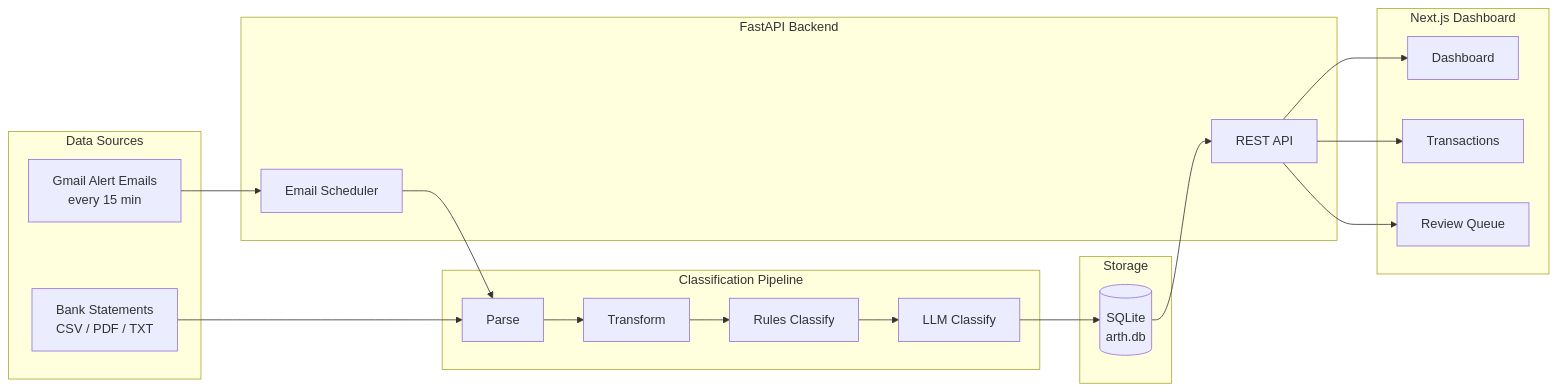
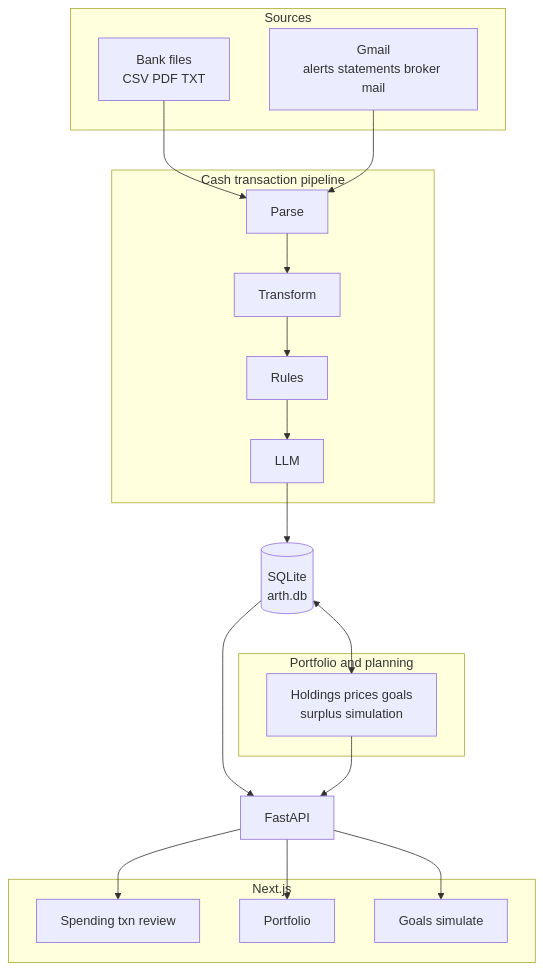
The diagram in README.md (kupsas/Arth-AFS), drawn with Mermaid before and after one commit. The commit also changed other lines of this file and 7 other files, not shown here.

````diff
--- a/README.md
+++ b/README.md
@@ -50,38 +55,41 @@
 ```mermaid
-flowchart LR
-    subgraph sources [Data Sources]
-        S1["Bank Statements\nCSV / PDF / TXT"]
-        S2["Gmail Alert Emails\nevery 15 min"]
+flowchart TB
+    subgraph sources [Sources]
+        files["Bank files\nCSV PDF TXT"]
+        gmail["Gmail\nalerts statements broker mail"]
     end
 
-    subgraph pipeline [Classification Pipeline]
-        P1[Parse]
-        P2[Transform]
-        P3[Rules Classify]
-        P4[LLM Classify]
-        P1 --> P2 --> P3 --> P4
+    subgraph cashPipeline [Cash transaction pipeline]
+        p1[Parse]
+        p2[Transform]
+        p3[Rules]
+        p4[LLM]
+        p1 --> p2 --> p3 --> p4
     end
 
-    subgraph storage [Storage]
-        DB[("SQLite\narth.db")]
+    subgraph planning [Portfolio and planning]
+        svc["Holdings prices goals\nsurplus simulation"]
     end
 
-    subgraph backend [FastAPI Backend]
-        API[REST API]
-        SCH[Email Scheduler]
+    arthDb[("SQLite\narth.db")]
+
+    files --> p1
+    gmail --> p1
+    p4 --> arthDb
+
+    arthDb <--> svc
+
+    api[FastAPI]
+    arthDb --> api
+    svc --> api
+
+    subgraph web [Next.js]
+        w1["Spending txn review"]
+        w2["Portfolio"]
+        w3["Goals simulate"]
     end
 
-    subgraph frontend [Next.js Dashboard]
-        D1[Dashboard]
-        D2[Transactions]
-        D3[Review Queue]
-    end
-
-    S1 --> P1
-    S2 --> SCH --> P1
-    P4 --> DB
-    DB --> API
-    API --> D1
-    API --> D2
-    API --> D3
+    api --> w1
+    api --> w2
+    api --> w3
 ```
````
